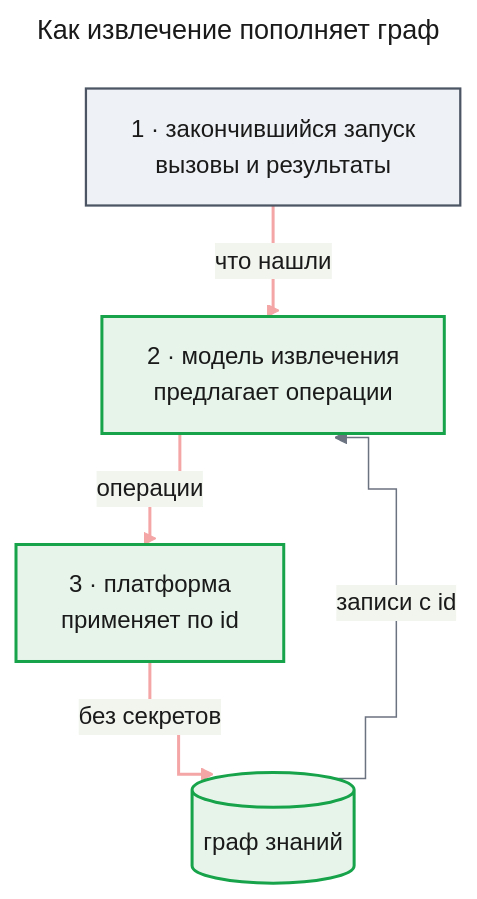
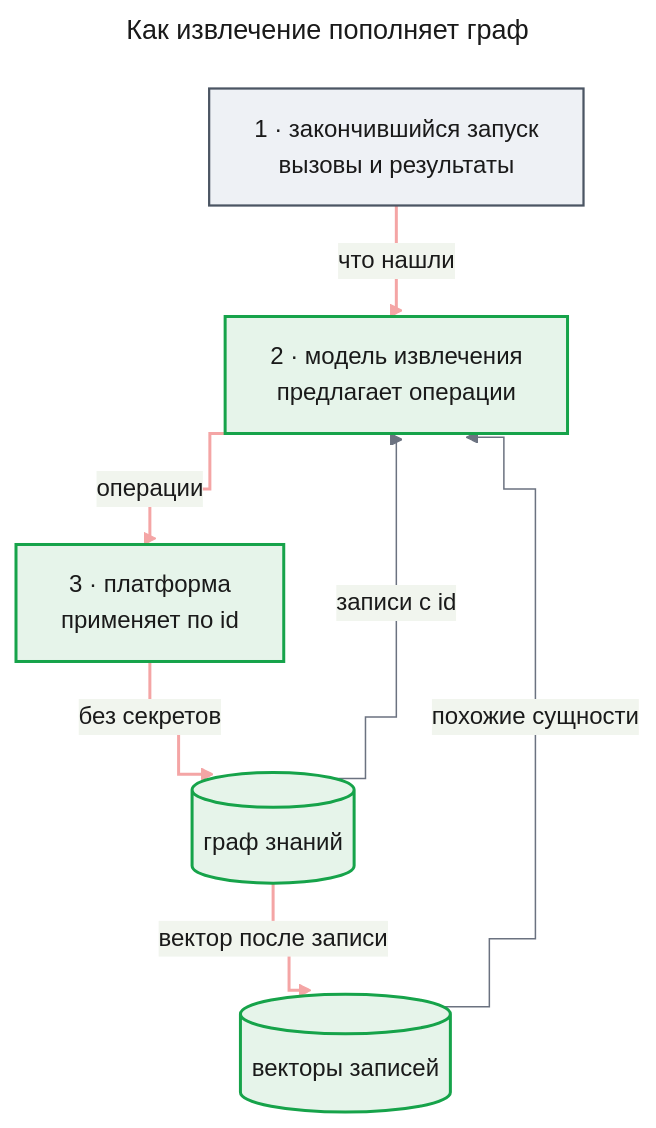
One commit to tundraray/agent-os changed the third of 3 diagrams in docs/features/self-learning/prd.md. Above: the diagram before and after it, drawn with Mermaid. The commit also changed other lines of this file, not shown here.

````diff
--- a/docs/features/self-learning/prd.md
+++ b/docs/features/self-learning/prd.md
@@ -127,36 +137,41 @@
 ```mermaid
 ---
 title: "Как извлечение пополняет граф"
 config:
   theme: base
   look: classic
   themeVariables:
     primaryColor: "#eef1f5"
     primaryBorderColor: "#4b5563"
     primaryTextColor: "#1a1a1a"
     lineColor: "#6b7280"
   flowchart:
     curve: step
   themeCSS: |
-    @keyframes lit_sl3{0%,30%{stroke:#991b1b;stroke-width:6px}33.33%,100%{stroke:#f4a5a5;stroke-width:2px}}
+    @keyframes lit_sl3{0%,22.5%{stroke:#991b1b;stroke-width:6px}25%,100%{stroke:#f4a5a5;stroke-width:2px}}
 ---
 flowchart TB
     run["1 · закончившийся запуск<br/>вызовы и результаты"]
     model["2 · модель извлечения<br/>предлагает операции"]
     apply["3 · платформа<br/>применяет по id"]
     kg[("граф знаний")]
+    vec[("векторы записей")]
     run e1@-->|"что нашли"| model
     model e2@-->|"операции"| apply
     apply e3@-->|"без секретов"| kg
+    kg e4@-->|"вектор после записи"| vec
     kg -->|"записи с id"| model
+    vec -->|"похожие сущности"| model
     classDef new fill:#e6f4ea,stroke:#16a34a,stroke-width:2px,color:#1a1a1a
     classDef unchanged fill:#eef1f5,stroke:#4b5563,stroke-width:1.5px,color:#1a1a1a
-    classDef w1 stroke:#f4a5a5,stroke-width:2px,animation:lit_sl3 3.6s linear 0s infinite
-    classDef w2 stroke:#f4a5a5,stroke-width:2px,animation:lit_sl3 3.6s linear 1.2s infinite
-    classDef w3 stroke:#f4a5a5,stroke-width:2px,animation:lit_sl3 3.6s linear 2.4s infinite
+    classDef w1 stroke:#f4a5a5,stroke-width:2px,animation:lit_sl3 4.8s linear 0s infinite
+    classDef w2 stroke:#f4a5a5,stroke-width:2px,animation:lit_sl3 4.8s linear 1.2s infinite
+    classDef w3 stroke:#f4a5a5,stroke-width:2px,animation:lit_sl3 4.8s linear 2.4s infinite
+    classDef w4 stroke:#f4a5a5,stroke-width:2px,animation:lit_sl3 4.8s linear 3.6s infinite
     class run unchanged
-    class model,apply,kg new
+    class model,apply,kg,vec new
     class e1 w1
     class e2 w2
     class e3 w3
+    class e4 w4
 ```
````
